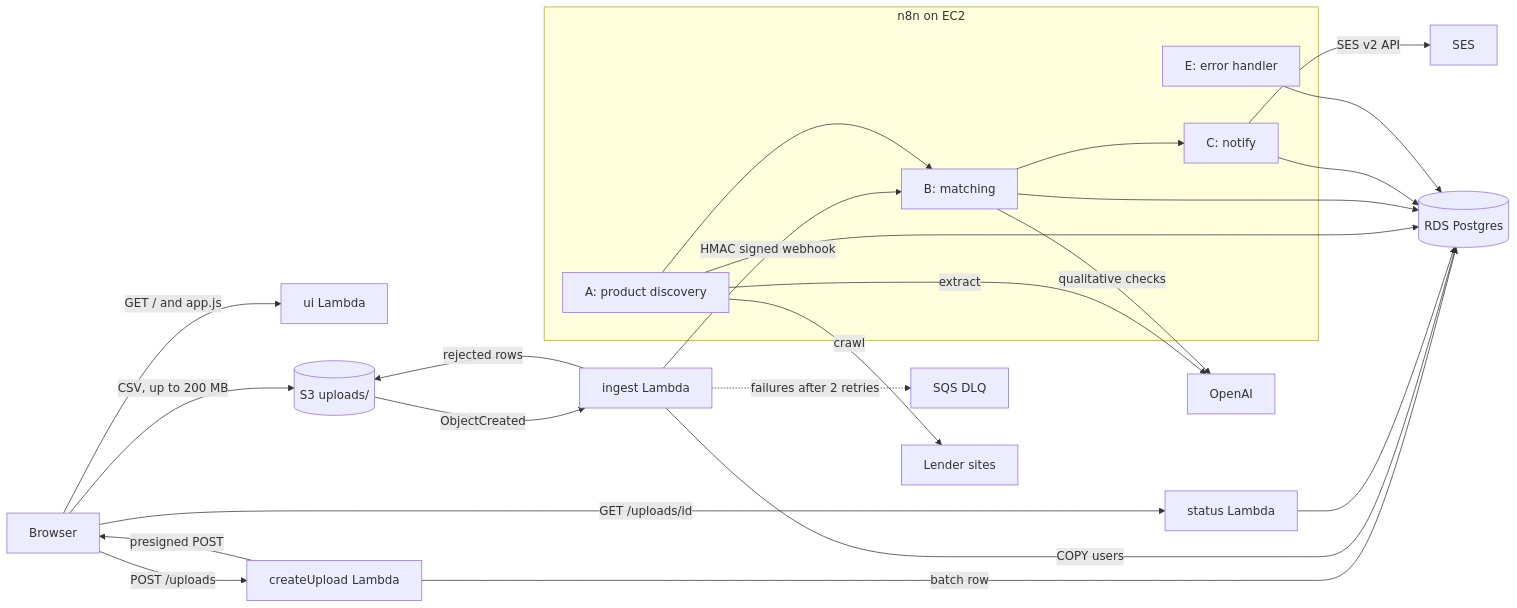
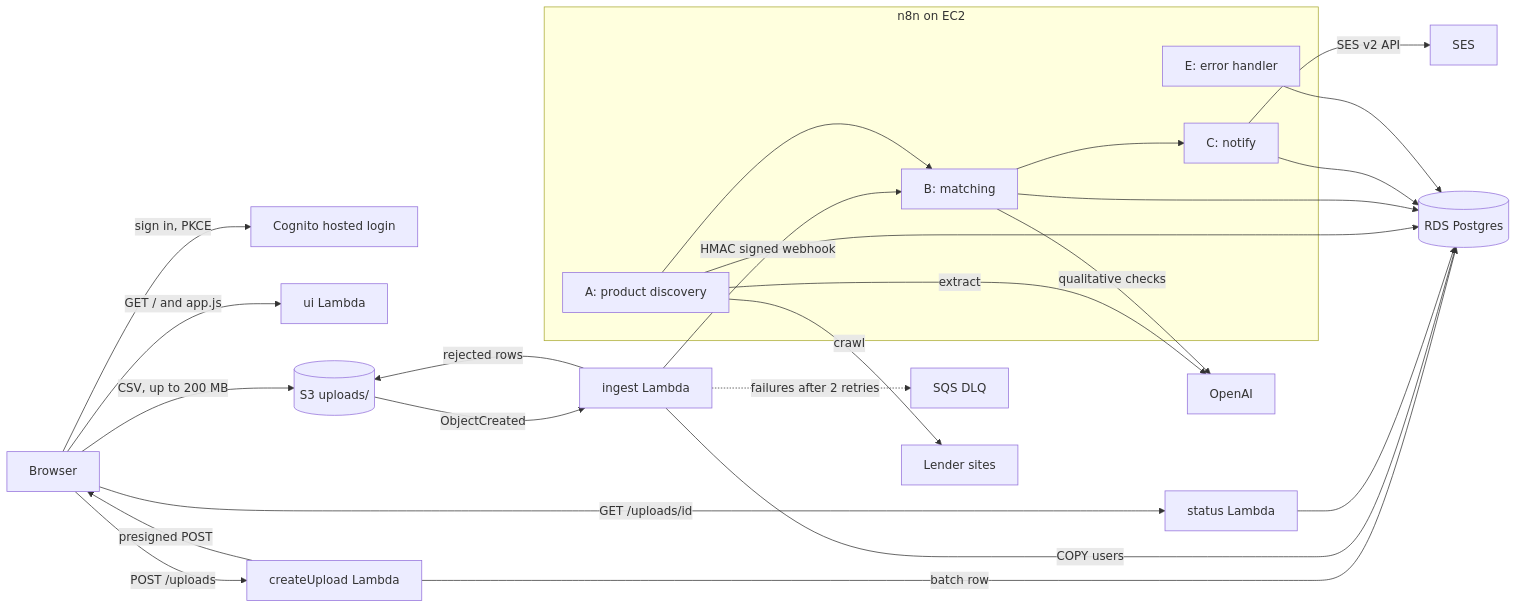
The diagram in README.md (Arshdeep54/sieve), drawn with Mermaid before and after one commit. The commit also changed other lines of this file and 12 other files, not shown here.

Commit message:
add cognito staff sign-in and uploads list

````diff
--- a/README.md
+++ b/README.md
@@ -13,27 +14,28 @@
 ```mermaid
 flowchart LR
+    Browser -->|sign in, PKCE| Cognito[Cognito hosted login]
     Browser -->|GET / and app.js| UI[ui Lambda]
     Browser -->|POST /uploads| Create[createUpload Lambda]
     Create -->|batch row| RDS[(RDS Postgres)]
     Create -->|presigned POST| Browser
     Browser -->|CSV, up to 200 MB| S3[(S3 uploads/)]
     S3 -->|ObjectCreated| Ingest[ingest Lambda]
     Ingest -->|COPY users| RDS
     Ingest -->|rejected rows| S3
     Ingest -.->|failures after 2 retries| DLQ[SQS DLQ]
     Ingest -->|HMAC signed webhook| B
     Browser -->|GET /uploads/id| Status[status Lambda]
     Status --> RDS
 
     subgraph EC2 [n8n on EC2]
         A[A: product discovery] --> B[B: matching]
         B --> C[C: notify]
         E[E: error handler]
     end
 
     A -->|crawl| Lenders[Lender sites]
     A -->|extract| OpenAI
     B -->|qualitative checks| OpenAI
     A & B & C & E --> RDS
     C -->|SES v2 API| SES
 ```
````
